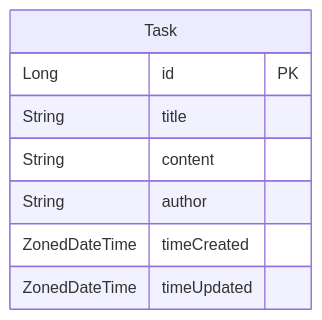
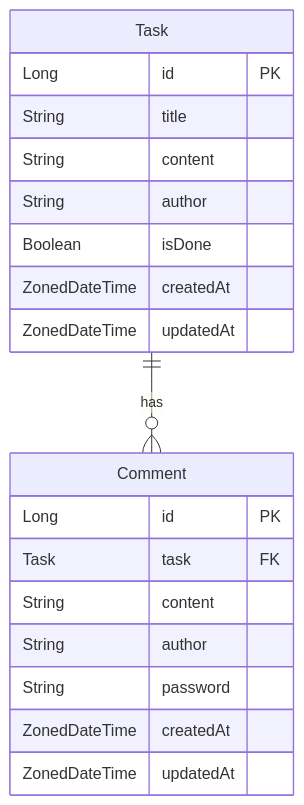
One commit to Turbstructor/SCCNBCKS2-TodoA1 changed the diagram in README.md. Above: the diagram before and after it, drawn with Mermaid. The commit also changed other lines of this file, not shown here.

````diff
--- a/README.md
+++ b/README.md
@@ -56,11 +68,23 @@
 ```mermaid
 erDiagram
     Task {
         Long id PK
         String title
         String content
         String author
-        ZonedDateTime timeCreated
-        ZonedDateTime timeUpdated
+        Boolean isDone
+        ZonedDateTime createdAt
+        ZonedDateTime updatedAt
     }
+    Comment {
+        Long id PK
+        Task task FK
+        String content
+        String author
+        String password
+        ZonedDateTime createdAt
+        ZonedDateTime updatedAt
+    }
+    
+    Task ||--o{ Comment: has
 ```
````
